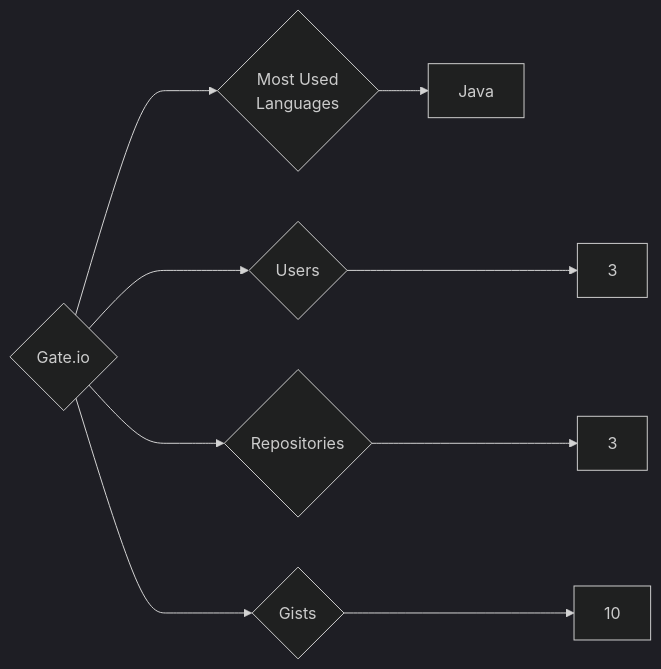
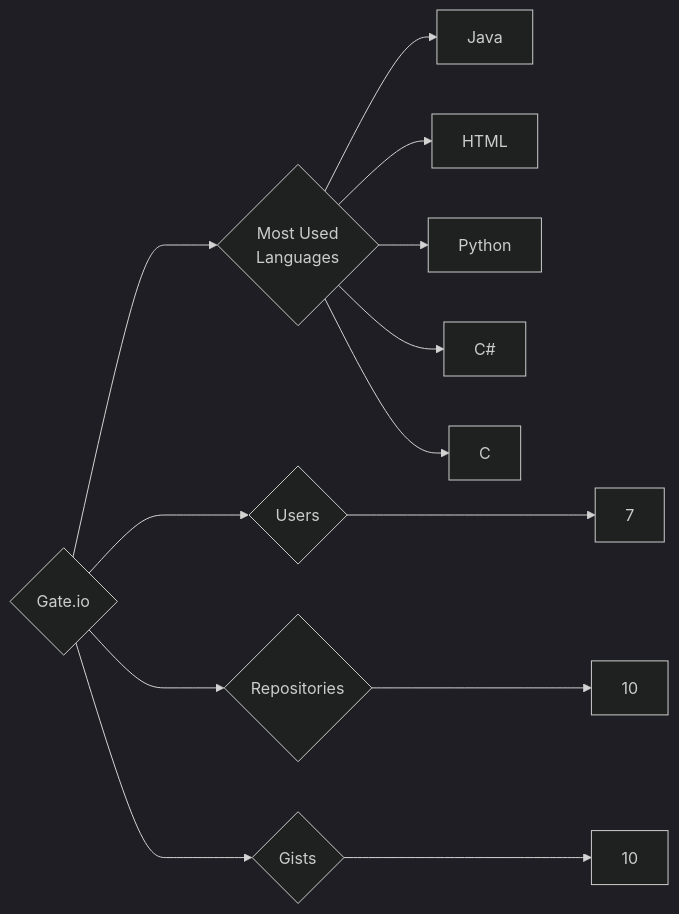
One commit to trickest/insiders changed the diagram in targets/Gate.io/README.md. Above: the diagram before and after it, drawn with Mermaid (dark theme). The commit also changed 724 other files, not shown here.

````diff
--- a/targets/Gate.io/README.md
+++ b/targets/Gate.io/README.md
@@ -3,9 +3,13 @@
 ```mermaid
 graph LR
 COMPANY_NAME{Gate.io}
-COMPANY_NAME ---> U{Users} ---> UN[3]
-COMPANY_NAME ---> R{Repositories} ---> RN[3]
+COMPANY_NAME ---> U{Users} ---> UN[7]
+COMPANY_NAME ---> R{Repositories} ---> RN[10]
 COMPANY_NAME ---> G{Gists} ---> GN[10]
 COMPANY_NAME ---> ML{Most Used<br>Languages}
 ML --> Java[Java]
+ML --> HTML[HTML]
+ML --> Python[Python]
+ML --> C#[C#]
+ML --> C[C]
 ```
````
